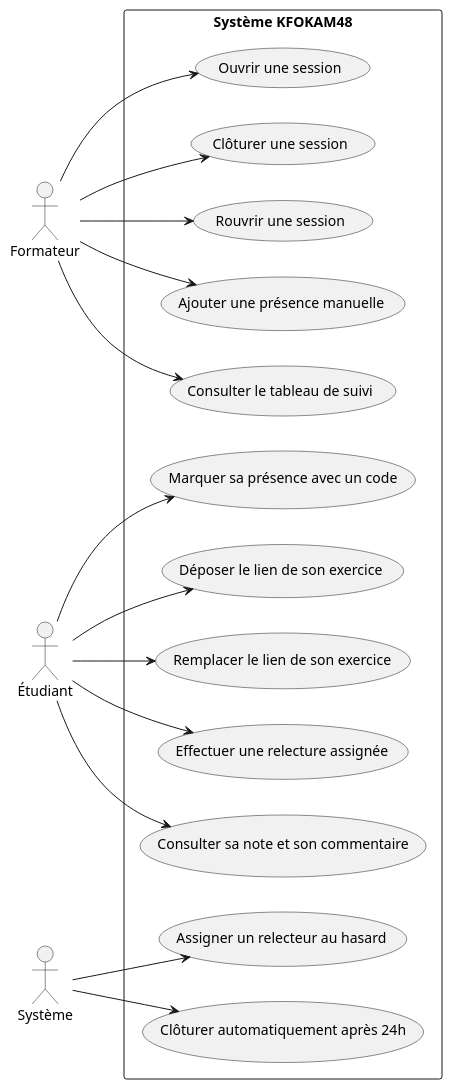
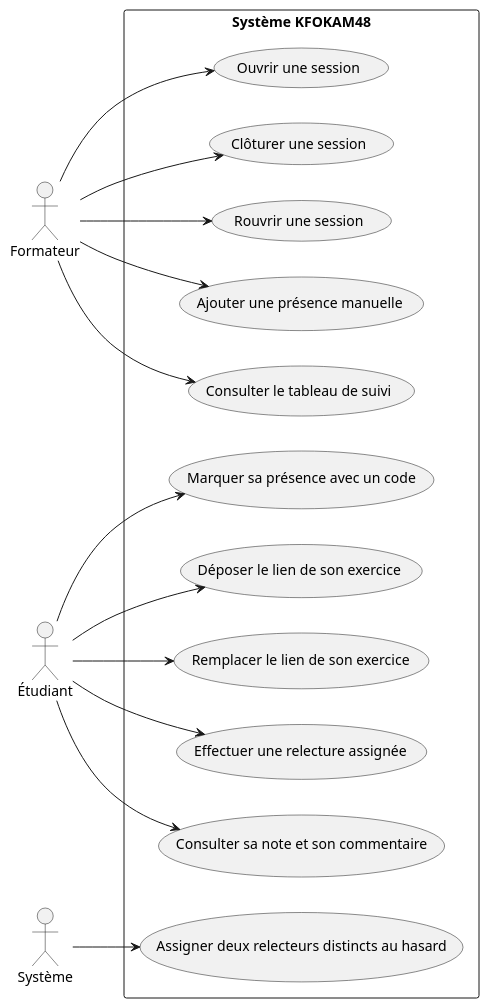
One commit to DaiziDev/Kfokam48-epreuve-225 changed the diagram in docs/diagrammes/D1-cas d'utilisation.md. Above: the diagram before and after it, drawn with PlantUML. The commit also changed 4 other files, not shown here.

```diff
--- a/docs/diagrammes/D1-cas d'utilisation.md
+++ b/docs/diagrammes/D1-cas d'utilisation.md
@@ -1,39 +1,37 @@
 @startuml D1-cas-utilisation
 left to right direction
 
 actor Formateur
 actor Étudiant
 actor Système
 
 rectangle "Système KFOKAM48" {
     usecase "Ouvrir une session" as UC1
     usecase "Clôturer une session" as UC2
     usecase "Rouvrir une session" as UC3
     usecase "Ajouter une présence manuelle" as UC4
     usecase "Consulter le tableau de suivi" as UC5
 
     usecase "Marquer sa présence avec un code" as UC6
     usecase "Déposer le lien de son exercice" as UC7
     usecase "Remplacer le lien de son exercice" as UC8
     usecase "Effectuer une relecture assignée" as UC9
     usecase "Consulter sa note et son commentaire" as UC10
 
-    usecase "Assigner un relecteur au hasard" as UC11
-    usecase "Clôturer automatiquement après 24h" as UC12
+    usecase "Assigner deux relecteurs distincts au hasard" as UC11
 }
 
 Formateur --> UC1
 Formateur --> UC2
 Formateur --> UC3
 Formateur --> UC4
 Formateur --> UC5
 
 Étudiant --> UC6
 Étudiant --> UC7
 Étudiant --> UC8
 Étudiant --> UC9
 Étudiant --> UC10
 
 Système --> UC11
-Système --> UC12
 @enduml
```
